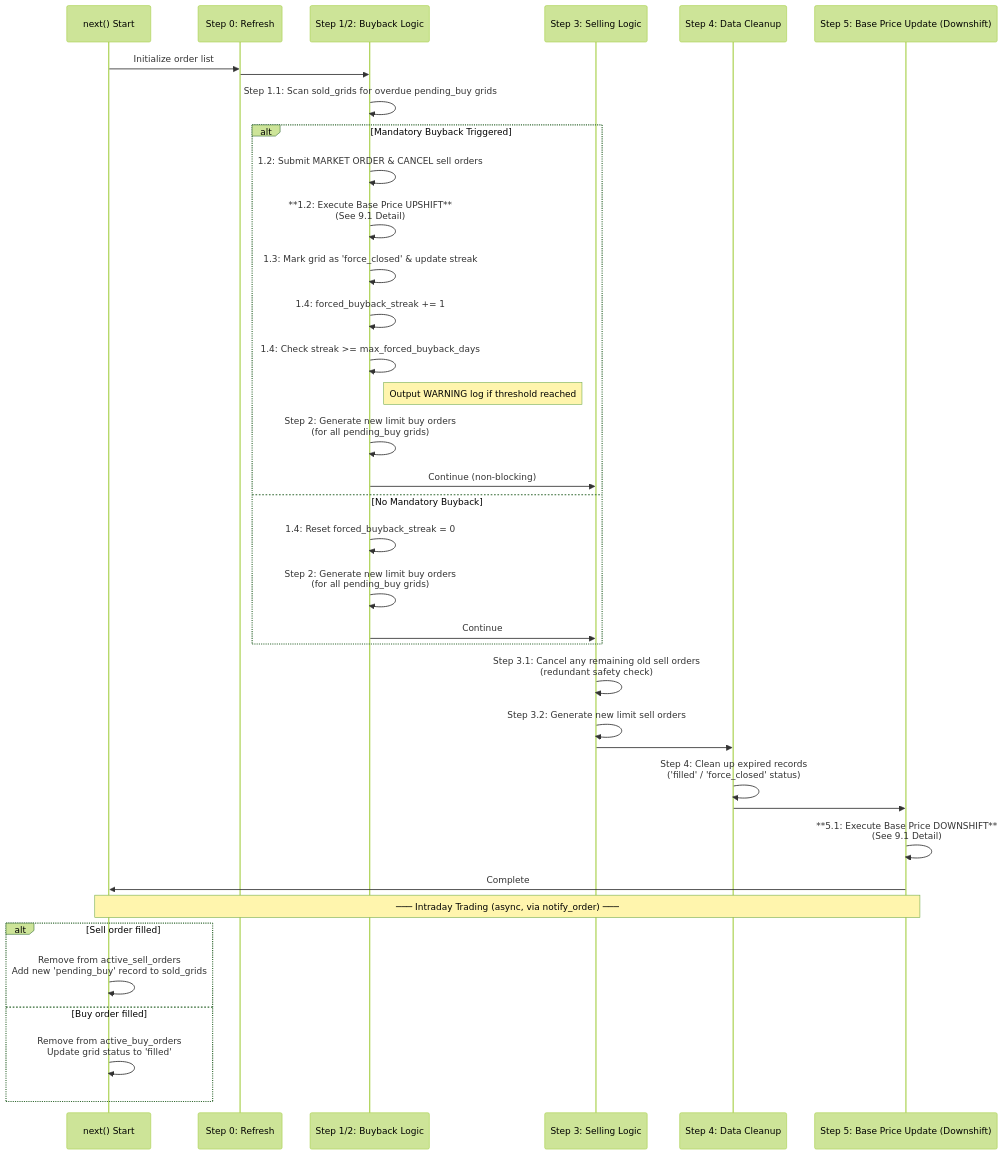
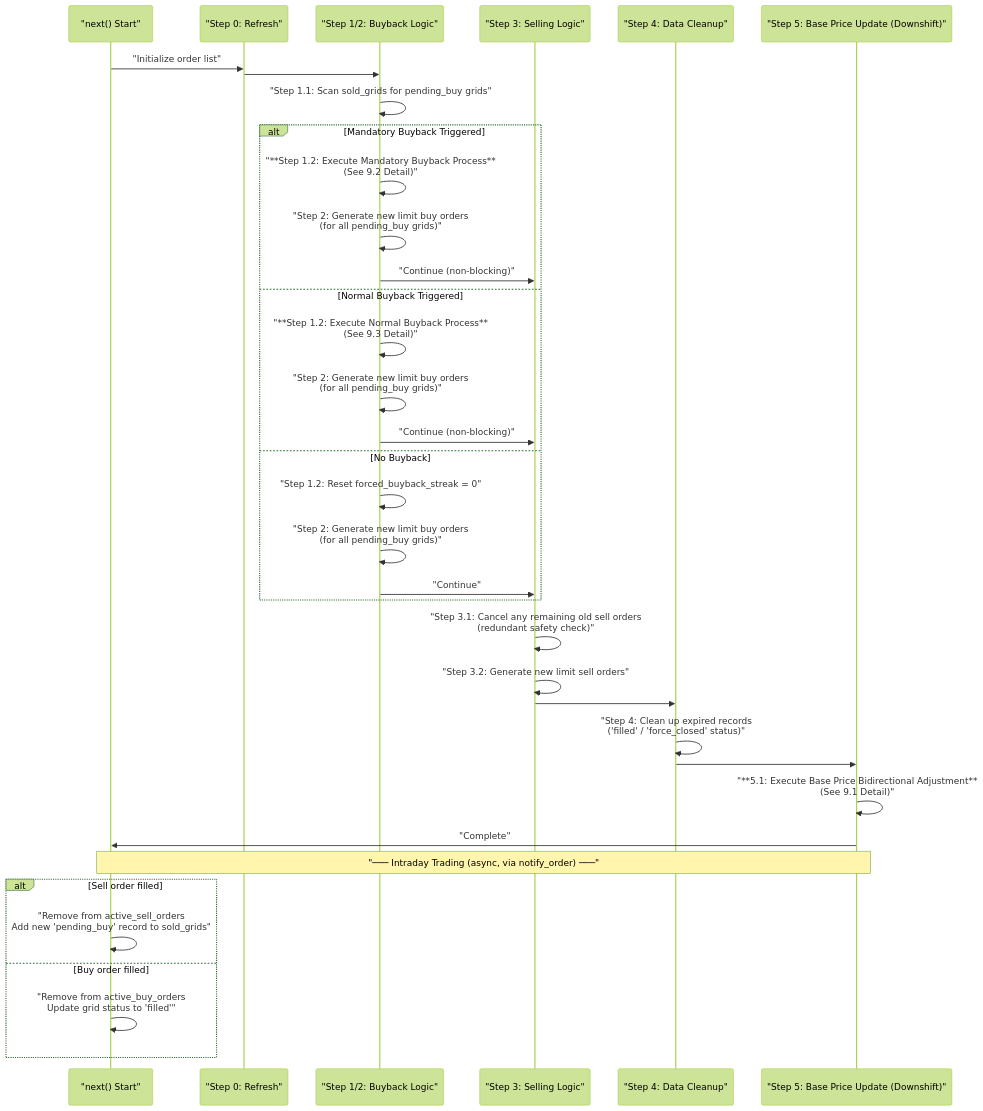
The first of 4 diagrams in docs/strategy-designs/grid-based-bear-chasing-strategy.md (hhdsyxwei/campsis), drawn with Mermaid (forest theme) before and after one commit. The commit also changed other lines of this file, not shown here.

First line of the commit message:
docs(strategy): optimize process flowcharts and fix mermaid syntax

````diff
--- a/docs/strategy-designs/grid-based-bear-chasing-strategy.md
+++ b/docs/strategy-designs/grid-based-bear-chasing-strategy.md
@@ -324,48 +324,48 @@
 ```mermaid
 sequenceDiagram
-    participant Next as next() Start
-    participant Refresh as Step 0: Refresh
-    participant BuyLogic as Step 1/2: Buyback Logic
-    participant SellLogic as Step 3: Selling Logic
-    participant Cleanup as Step 4: Data Cleanup
-    participant BaseUpdate as Step 5: Base Price Update (Downshift)
+    participant Next as "next() Start"
+    participant Refresh as "Step 0: Refresh"
+    participant BuyLogic as "Step 1/2: Buyback Logic"
+    participant SellLogic as "Step 3: Selling Logic"
+    participant Cleanup as "Step 4: Data Cleanup"
+    participant BaseUpdate as "Step 5: Base Price Update (Downshift)"
 
-    Next->>Refresh: Initialize order list
+    Next->>Refresh: "Initialize order list"
     Refresh->>BuyLogic: 
 
-    BuyLogic->>BuyLogic: Step 1.1: Scan sold_grids for overdue pending_buy grids
+    BuyLogic->>BuyLogic: "Step 1.1: Scan sold_grids for pending_buy grids"
 
     alt Mandatory Buyback Triggered
-        BuyLogic->>BuyLogic: 1.2: Submit MARKET ORDER & CANCEL sell orders
-        BuyLogic->>BuyLogic: **1.2: Execute Base Price UPSHIFT**<br>(See 9.1 Detail)
-        BuyLogic->>BuyLogic: 1.3: Mark grid as 'force_closed' & update streak
-        BuyLogic->>BuyLogic: 1.4: forced_buyback_streak += 1
-        BuyLogic->>BuyLogic: 1.4: Check streak >= max_forced_buyback_days
-        Note right of BuyLogic: Output WARNING log if threshold reached
-        BuyLogic->>BuyLogic: Step 2: Generate new limit buy orders<br>(for all pending_buy grids)
-        BuyLogic->>SellLogic: Continue (non-blocking)
+        BuyLogic->>BuyLogic: "**Step 1.2: Execute Mandatory Buyback Process**<br>(See 9.2 Detail)"
+        BuyLogic->>BuyLogic: "Step 2: Generate new limit buy orders<br>(for all pending_buy grids)"
+        BuyLogic->>SellLogic: "Continue (non-blocking)"
+        
+    else Normal Buyback Triggered
+        BuyLogic->>BuyLogic: "**Step 1.2: Execute Normal Buyback Process**<br>(See 9.3 Detail)"
+        BuyLogic->>BuyLogic: "Step 2: Generate new limit buy orders<br>(for all pending_buy grids)"
+        BuyLogic->>SellLogic: "Continue (non-blocking)"
 
-    else No Mandatory Buyback
-        BuyLogic->>BuyLogic: 1.4: Reset forced_buyback_streak = 0
-        BuyLogic->>BuyLogic: Step 2: Generate new limit buy orders<br>(for all pending_buy grids)
-        BuyLogic->>SellLogic: Continue
+    else No Buyback
+        BuyLogic->>BuyLogic: "Step 1.2: Reset forced_buyback_streak = 0"
+        BuyLogic->>BuyLogic: "Step 2: Generate new limit buy orders<br>(for all pending_buy grids)"
+        BuyLogic->>SellLogic: "Continue"
     end
 
-    SellLogic->>SellLogic: Step 3.1: Cancel any remaining old sell orders<br>(redundant safety check)
-    SellLogic->>SellLogic: Step 3.2: Generate new limit sell orders
+    SellLogic->>SellLogic: "Step 3.1: Cancel any remaining old sell orders<br>(redundant safety check)"
+    SellLogic->>SellLogic: "Step 3.2: Generate new limit sell orders"
     SellLogic->>Cleanup: 
 
-    Cleanup->>Cleanup: Step 4: Clean up expired records<br>('filled' / 'force_closed' status)
+    Cleanup->>Cleanup: "Step 4: Clean up expired records<br>('filled' / 'force_closed' status)"
     Cleanup->>BaseUpdate: 
 
-    BaseUpdate->>BaseUpdate: **5.1: Execute Base Price DOWNSHIFT**<br>(See 9.1 Detail)
-    BaseUpdate->>Next: Complete
+    BaseUpdate->>BaseUpdate: "**5.1: Execute Base Price Bidirectional Adjustment**<br>(See 9.1 Detail)"
+    BaseUpdate->>Next: "Complete"
 
-    Note over Next,BaseUpdate: ─── Intraday Trading (async, via notify_order) ───
+    Note over Next,BaseUpdate: "─── Intraday Trading (async, via notify_order) ───"
 
     alt Sell order filled
-        Next->>Next: Remove from active_sell_orders<br>Add new 'pending_buy' record to sold_grids
+        Next->>Next: "Remove from active_sell_orders<br>Add new 'pending_buy' record to sold_grids"
     else Buy order filled
-        Next->>Next: Remove from active_buy_orders<br>Update grid status to 'filled'
+        Next->>Next: "Remove from active_buy_orders<br>Update grid status to 'filled'"
     end
 ```
````
